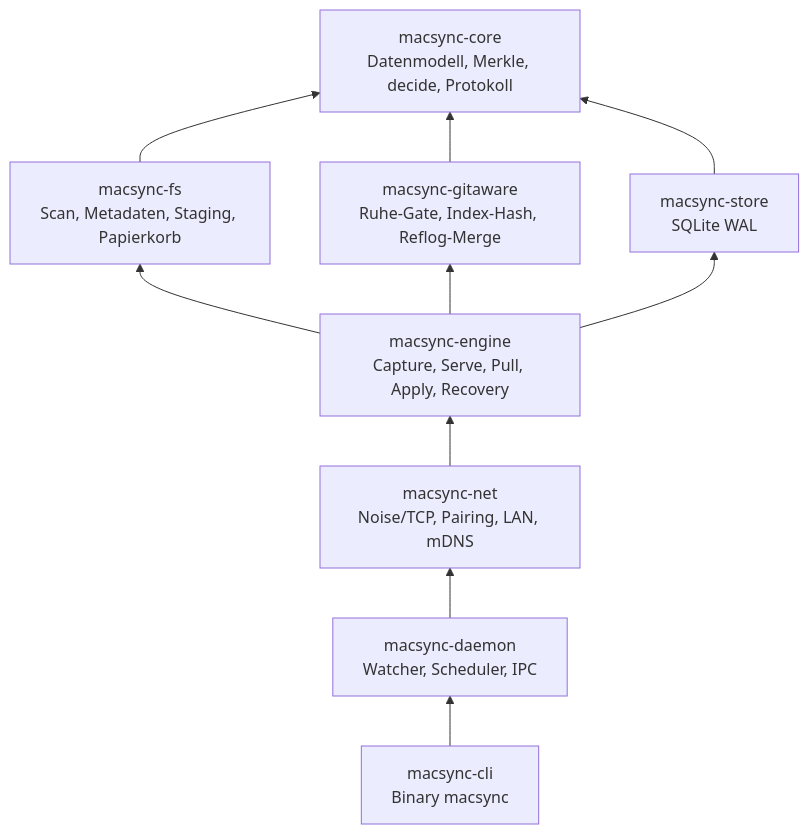
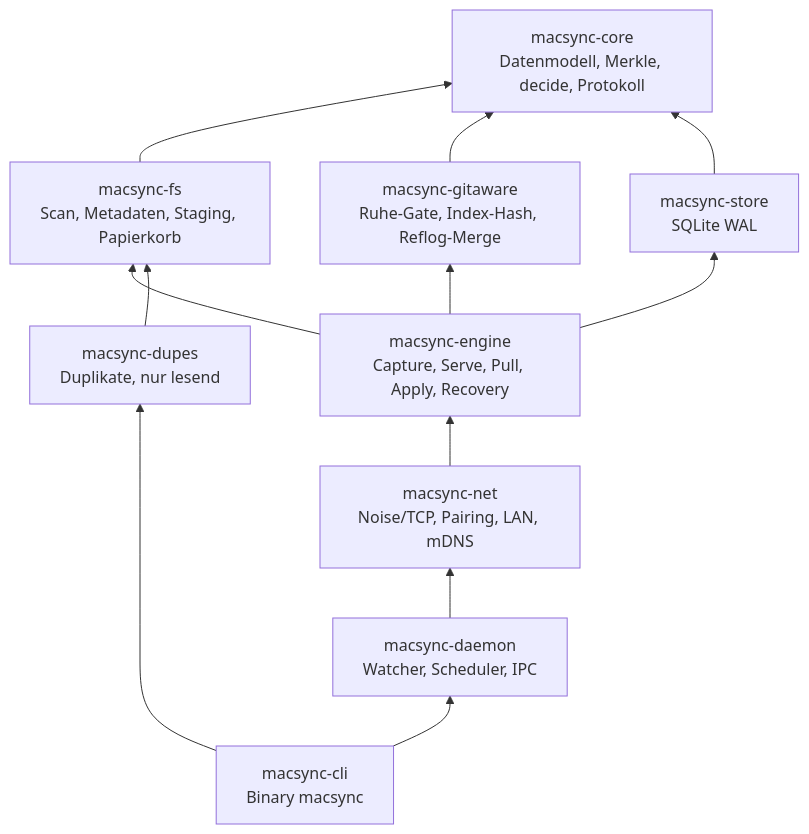
One commit to chrisurf/MacSync changed the first of 2 diagrams in docs/architecture.md. Above: the diagram before and after it, drawn with Mermaid. The commit also changed other lines of this file and 47 other files, not shown here.

````diff
--- a/docs/architecture.md
+++ b/docs/architecture.md
@@ -8,18 +8,20 @@
 ```mermaid
 flowchart BT
   core[macsync-core<br/>Datenmodell, Merkle, decide, Protokoll]
   fs[macsync-fs<br/>Scan, Metadaten, Staging, Papierkorb]
   git[macsync-gitaware<br/>Ruhe-Gate, Index-Hash, Reflog-Merge]
   store[macsync-store<br/>SQLite WAL]
   engine[macsync-engine<br/>Capture, Serve, Pull, Apply, Recovery]
   net[macsync-net<br/>Noise/TCP, Pairing, LAN, mDNS]
   daemon[macsync-daemon<br/>Watcher, Scheduler, IPC]
+  dupes[macsync-dupes<br/>Duplikate, nur lesend]
   cli[macsync-cli<br/>Binary macsync]
   fs --> core
   git --> core
   store --> core
   engine --> fs & git & store
   net --> engine
   daemon --> net
-  cli --> daemon
+  dupes --> fs
+  cli --> daemon & dupes
 ```
````
